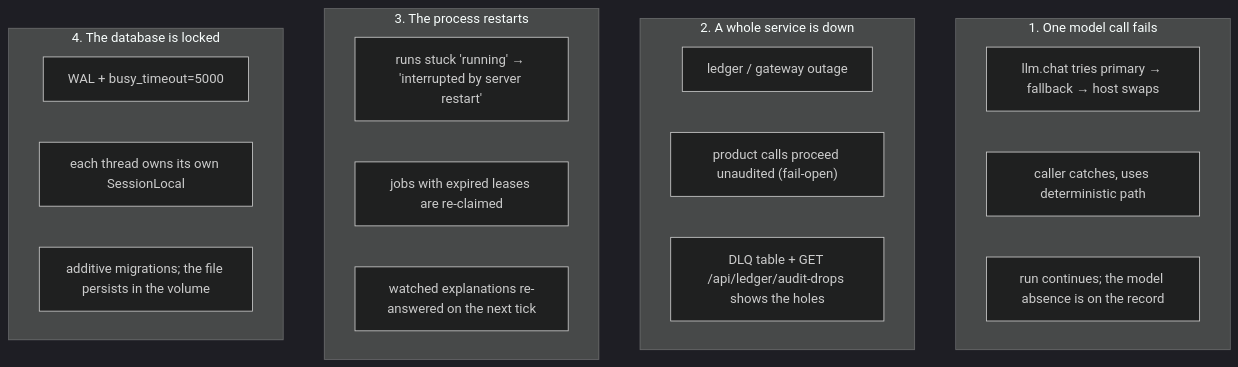
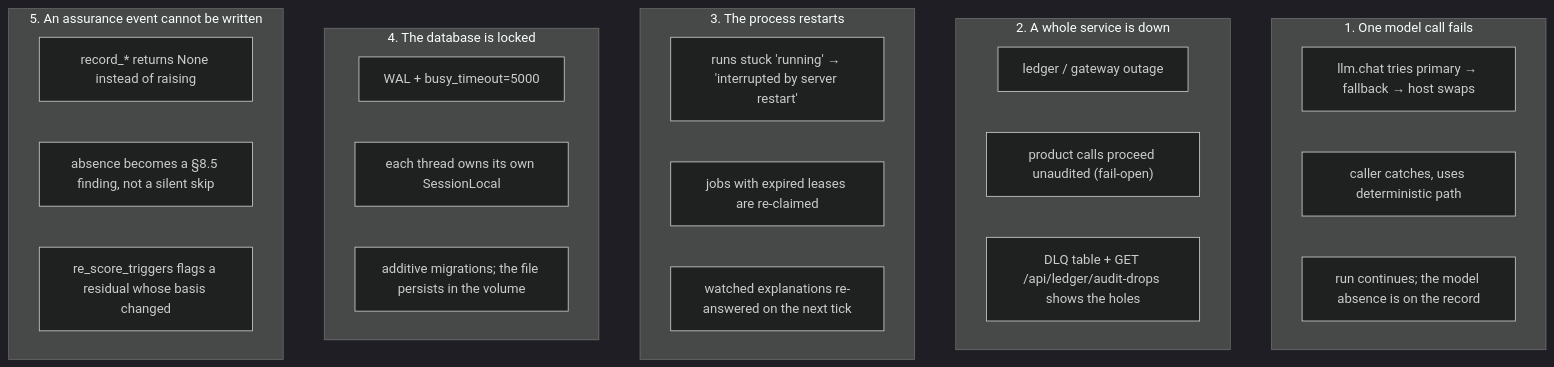
One commit to harishgovardhandamodar/agentic-knowledge-mapper changed the fifth of 5 diagrams in design/01-system-context.md. Above: the diagram before and after it, drawn with Mermaid (dark theme). The commit also changed other lines of this file and 9 other files, not shown here.

First line of the commit message:
Documentation: assurance closed loop, UML/diagrams, design & architecture, README

````diff
--- a/design/01-system-context.md
+++ b/design/01-system-context.md
@@ -169,24 +173,29 @@
 ```mermaid
 flowchart TB
     subgraph FD1["1. One model call fails"]
         A1["llm.chat tries primary → fallback → host swaps"]
         A2["caller catches, uses deterministic path"]
         A3["run continues; the model absence is on the record"]
     end
     subgraph FD2["2. A whole service is down"]
         B1["ledger / gateway outage"]
         B2["product calls proceed unaudited (fail-open)"]
         B3["DLQ table + GET /api/ledger/audit-drops shows the holes"]
     end
     subgraph FD3["3. The process restarts"]
         C1["runs stuck 'running' → 'interrupted by server restart'"]
         C2["jobs with expired leases are re-claimed"]
         C3["watched explanations re-answered on the next tick"]
     end
     subgraph FD4["4. The database is locked"]
         D1["WAL + busy_timeout=5000"]
         D2["each thread owns its own SessionLocal"]
         D3["additive migrations; the file persists in the volume"]
     end
+    subgraph FD5["5. An assurance event cannot be written"]
+        E1["record_* returns None instead of raising"]
+        E2["absence becomes a §8.5 finding, not a silent skip"]
+        E3["re_score_triggers flags a residual whose basis changed"]
+    end
 
 ```
````
